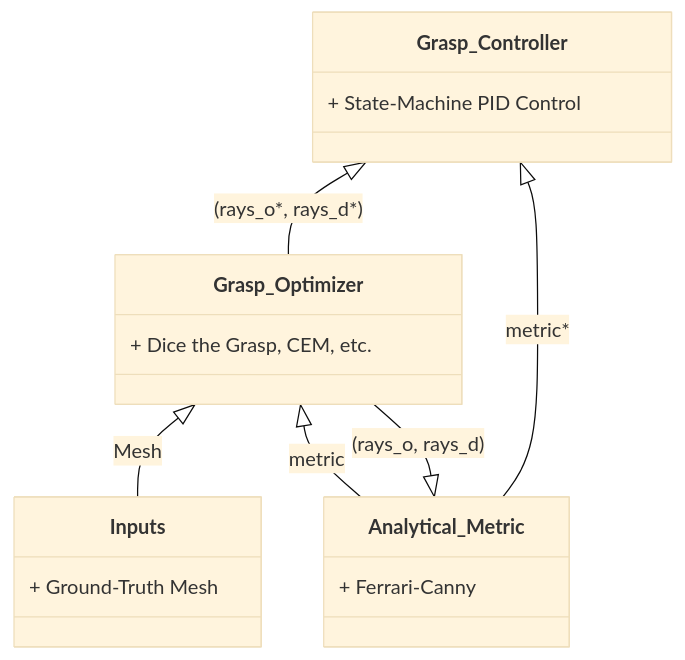
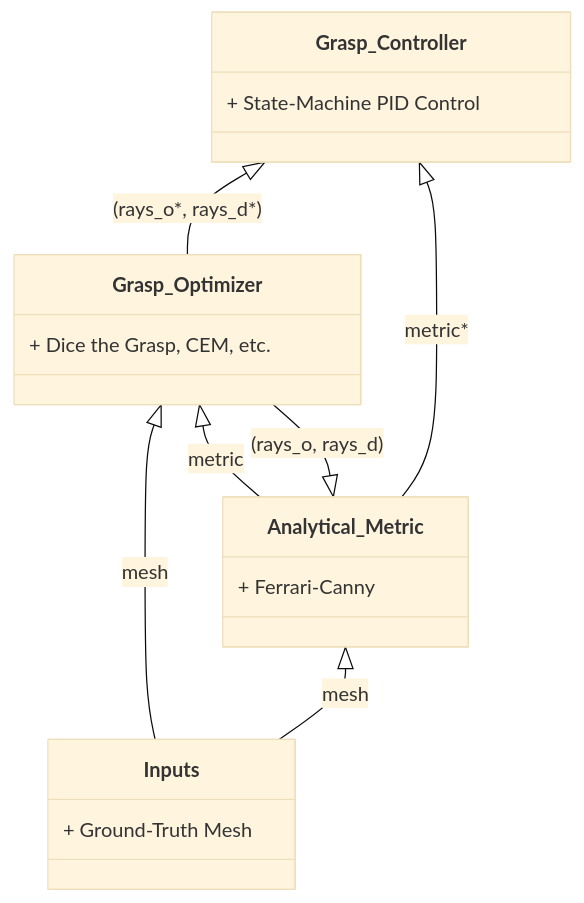
One commit to tylerlum/nerf_grasping changed the diagram in README.md. Above: the diagram before and after it, drawn with Mermaid (base theme).

````diff
--- a/README.md
+++ b/README.md
@@ -10,22 +10,24 @@
 ```mermaid
 classDiagram
-    Grasp_Optimizer <|-- Inputs: Mesh
-    
+    Grasp_Optimizer <|-- Inputs: mesh
+    Analytical_Metric <|-- Inputs: mesh
+
     Analytical_Metric <|-- Grasp_Optimizer: (rays_o, rays_d)
+
+    Grasp_Controller <|-- Grasp_Optimizer: (rays_o*, rays_d*)
     Grasp_Optimizer <|-- Analytical_Metric: metric
-    Grasp_Controller <|-- Grasp_Optimizer: (rays_o*, rays_d*)
     Grasp_Controller <|-- Analytical_Metric: metric*
 
     class Grasp_Controller{
       + State-Machine PID Control
     }
     class Analytical_Metric{
       + Ferrari-Canny
     }
     class Grasp_Optimizer{
       + Dice the Grasp, CEM, etc.
     }
     class Inputs{
       + Ground-Truth Mesh
     }
 ```
````
